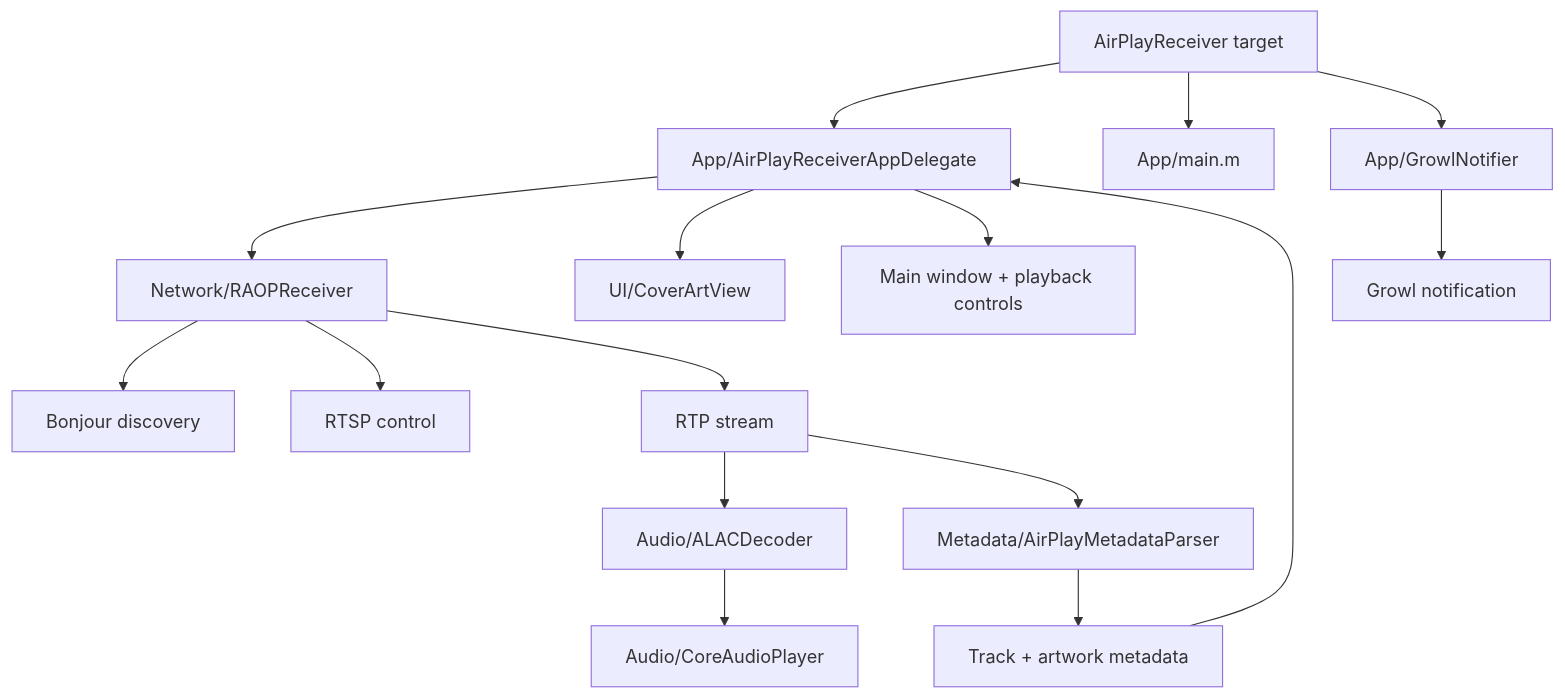
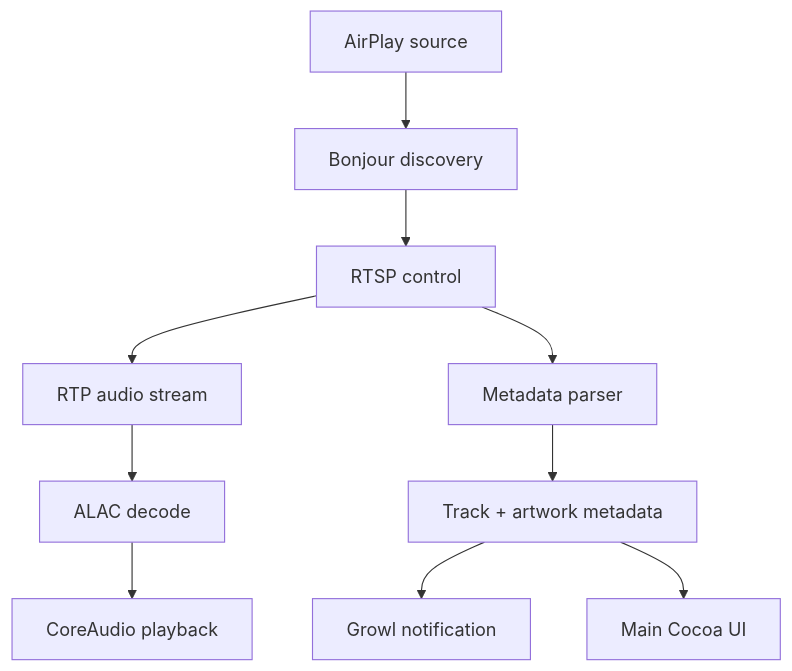
One commit to pk2061/PowerPlay changed the diagram in README.md. Above: the diagram before and after it, drawn with Mermaid. The commit also changed other lines of this file and 1 other file, not shown here.

````diff
--- a/README.md
+++ b/README.md
@@ -59,22 +42,12 @@
 ```mermaid
 flowchart TD
-    A[AirPlayReceiver target] --> B[App/AirPlayReceiverAppDelegate]
-    A --> C[App/main.m]
-    A --> D[App/GrowlNotifier]
-
-    B --> E[Network/RAOPReceiver]
-    E --> F[Bonjour discovery]
-    E --> G[RTSP control]
-    E --> H[RTP stream]
-
-    H --> I[Audio/ALACDecoder]
-    I --> J[Audio/CoreAudioPlayer]
-
-    H --> K[Metadata/AirPlayMetadataParser]
-    K --> L[Track + artwork metadata]
-    L --> B
-
-    B --> M[UI/CoverArtView]
-    B --> N[Main window + playback controls]
-    D --> O[Growl notification]
+    A[AirPlay source] --> B[Bonjour discovery]
+    B --> C[RTSP control]
+    C --> D[RTP audio stream]
+    D --> E[ALAC decode]
+    E --> F[CoreAudio playback]
+    C --> G[Metadata parser]
+    G --> H[Track + artwork metadata]
+    H --> I[Growl notification]
+    H --> J[Main Cocoa UI]
 ```
````
